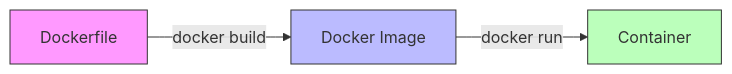
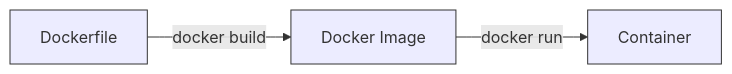
Before and after one commit to ashishjangde/Docker: the third of 4 diagrams in README.md, drawn with Mermaid. The commit also changed other lines of this file and 1 other file, not shown here.

Commit message:
fixed the graphs

````diff
--- a/README.md
+++ b/README.md
@@ -114,8 +127,8 @@
 ```mermaid
 graph LR
     DF[Dockerfile] -->|docker build| IMG[Docker Image]
     IMG -->|docker run| CON[Container]
-    style DF fill:#f9f,stroke:#333
-    style IMG fill:#bbf,stroke:#333
-    style CON fill:#bfb,stroke:#333
+    style DF fill:#fffff,stroke:#333
+    style IMG fill:#fffff,stroke:#333
+    style CON fill:#fffff,stroke:#333
 ```
````
